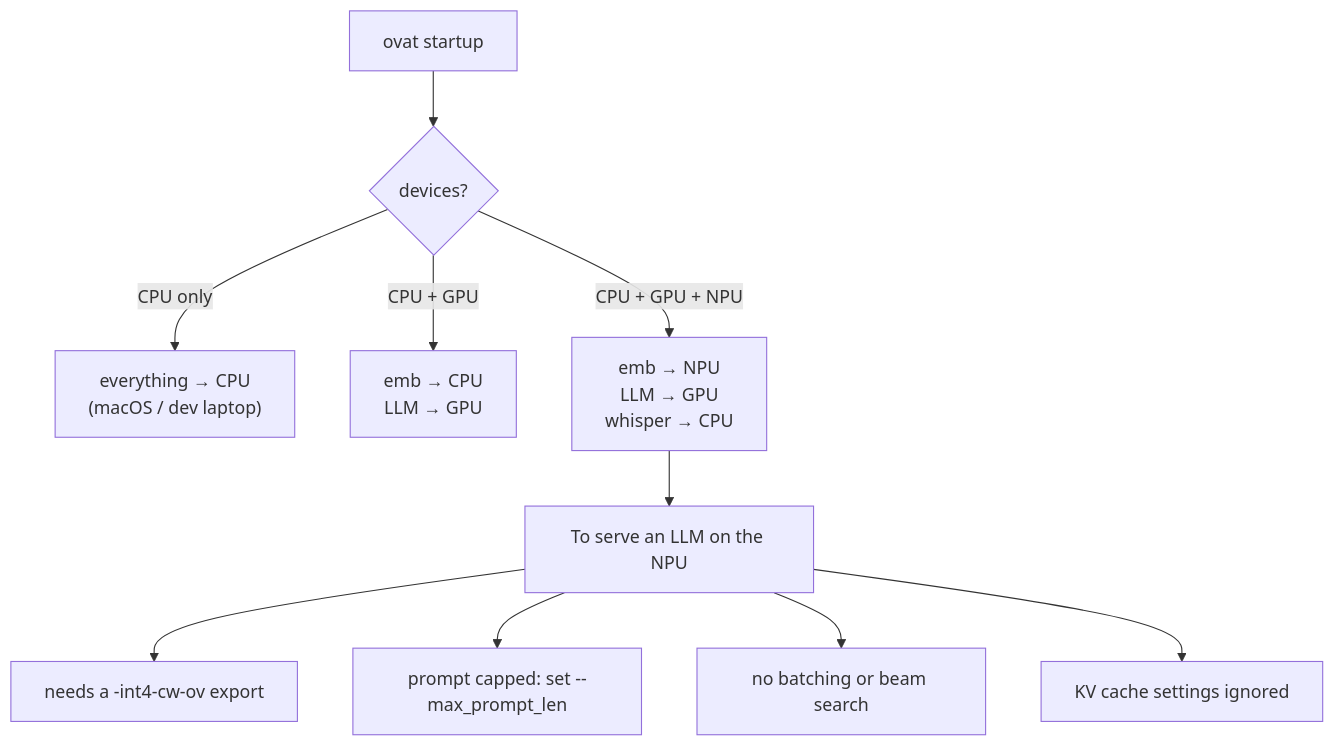
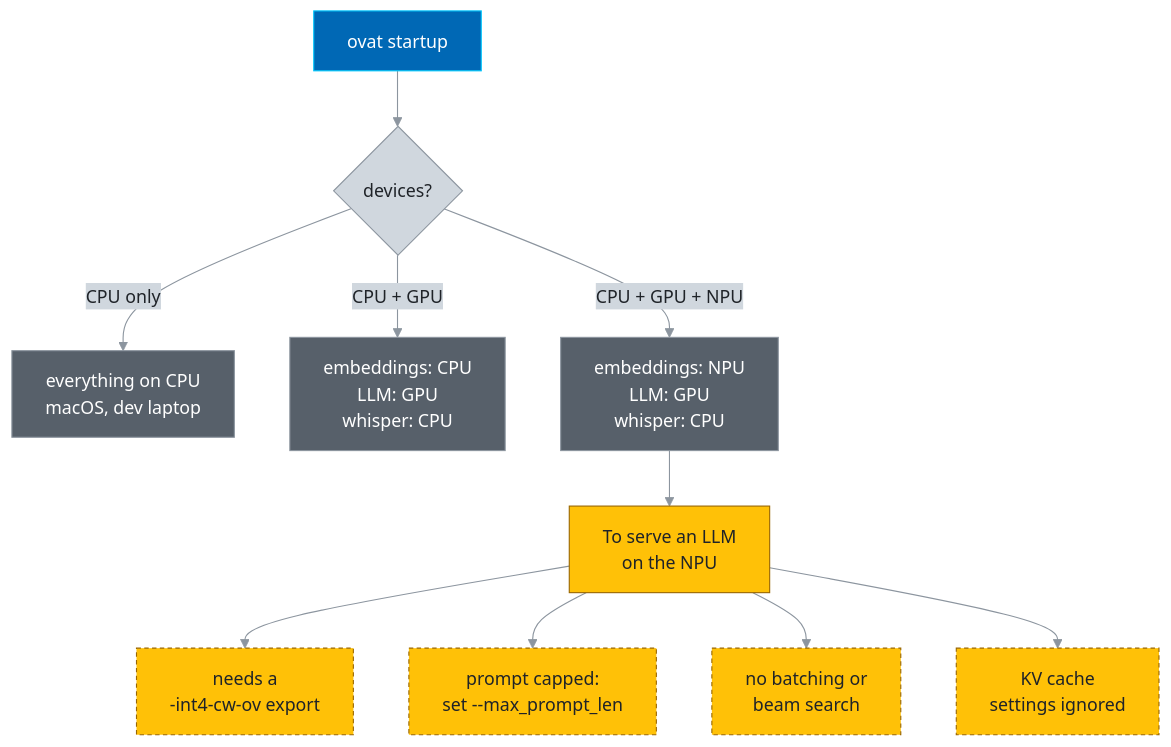
The eighth of 11 diagrams in docs/ARCHITECTURE.md (Lagmator22/ovat), drawn with Mermaid before and after one commit. The commit also changed other lines of this file and 1 other file, not shown here.

First line of the commit message:
docs: colour the Mermaid diagrams and fix labels that were cut off

````diff
--- a/docs/ARCHITECTURE.md
+++ b/docs/ARCHITECTURE.md
@@ -712,13 +800,25 @@
 ```mermaid
+%%{init: {"theme": "base", "themeVariables": {"primaryColor": "#D0D7DE", "primaryTextColor": "#1F2328", "primaryBorderColor": "#8C959F", "lineColor": "#8C959F", "textColor": "#1F2328", "edgeLabelBackground": "#D0D7DE", "clusterBkg": "transparent", "clusterBorder": "#7A8CA0", "titleColor": "#7A8CA0"}}}%%
 flowchart TD
     Start["ovat startup"] --> Detect{"devices?"}
-    Detect -->|"CPU only"| CPUOnly["everything → CPU<br/>(macOS / dev laptop)"]
-    Detect -->|"CPU + GPU"| NoNPU["emb → CPU<br/>LLM → GPU"]
-    Detect -->|"CPU + GPU + NPU"| Full["emb → NPU<br/>LLM → GPU<br/>whisper → CPU"]
+    Detect -->|"CPU only"| CPUOnly["everything on CPU<br/>macOS, dev laptop"]
+    Detect -->|"CPU + GPU"| NoNPU["embeddings: CPU<br/>LLM: GPU<br/>whisper: CPU"]
+    Detect -->|"CPU + GPU + NPU"| Full["embeddings: NPU<br/>LLM: GPU<br/>whisper: CPU"]
 
-    Full --> Limits["To serve an LLM on the NPU"]
-    Limits --> L1["needs a -int4-cw-ov export"]
-    Limits --> L2["prompt capped: set --max_prompt_len"]
-    Limits --> L3["no batching or beam search"]
-    Limits --> L4["KV cache settings ignored"]
+    Full --> Limits["To serve an LLM<br/>on the NPU"]
+    Limits --> L1["needs a<br/>-int4-cw-ov export"]
+    Limits --> L2["prompt capped:<br/>set --max_prompt_len"]
+    Limits --> L3["no batching or<br/>beam search"]
+    Limits --> L4["KV cache<br/>settings ignored"]
+
+    classDef cli fill:#0068B5,stroke:#00C7FD,color:#FFFFFF
+    classDef config fill:#FFC107,stroke:#9A6700,color:#1F2328
+    classDef hw fill:#57606A,stroke:#8C959F,color:#FFFFFF
+    classDef step fill:#D0D7DE,stroke:#8C959F,color:#1F2328
+    classDef warn fill:#FFC107,stroke:#9A6700,color:#1F2328,stroke-dasharray:4 3
+    class Start cli
+    class Detect step
+    class CPUOnly,NoNPU,Full hw
+    class Limits config
+    class L1,L2,L3,L4 warn
 ```
````
